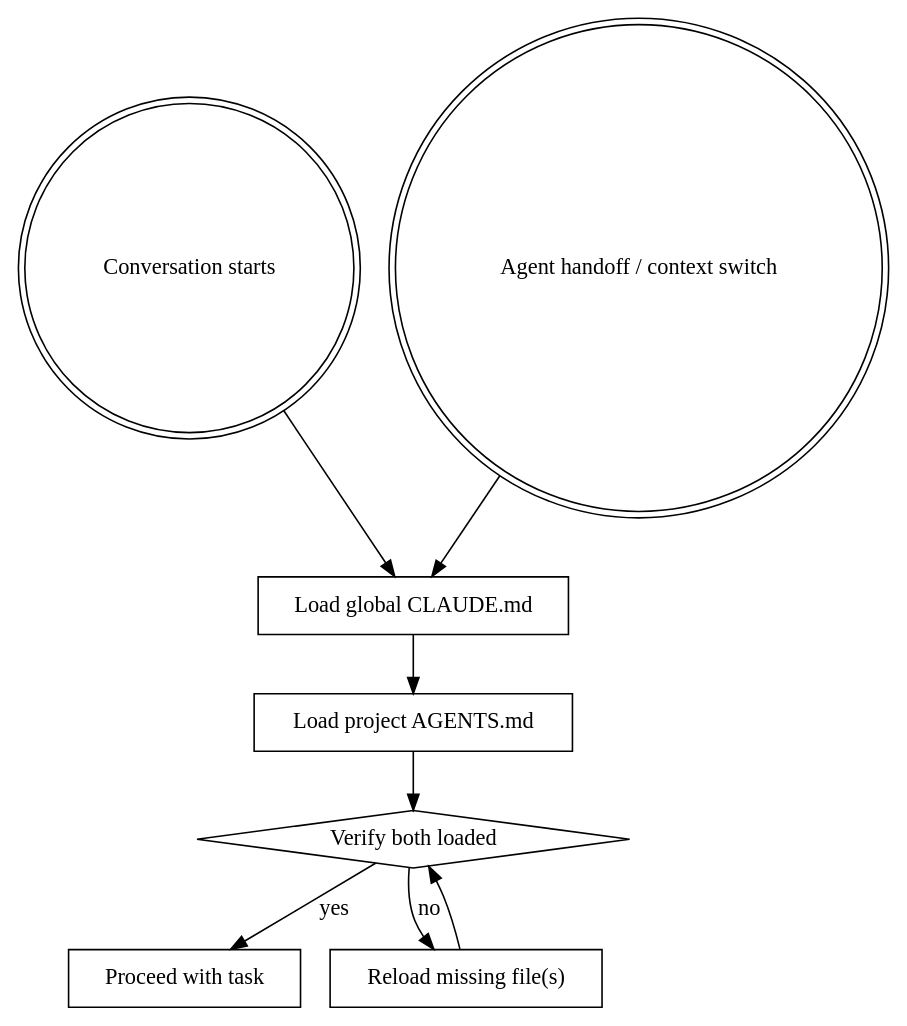
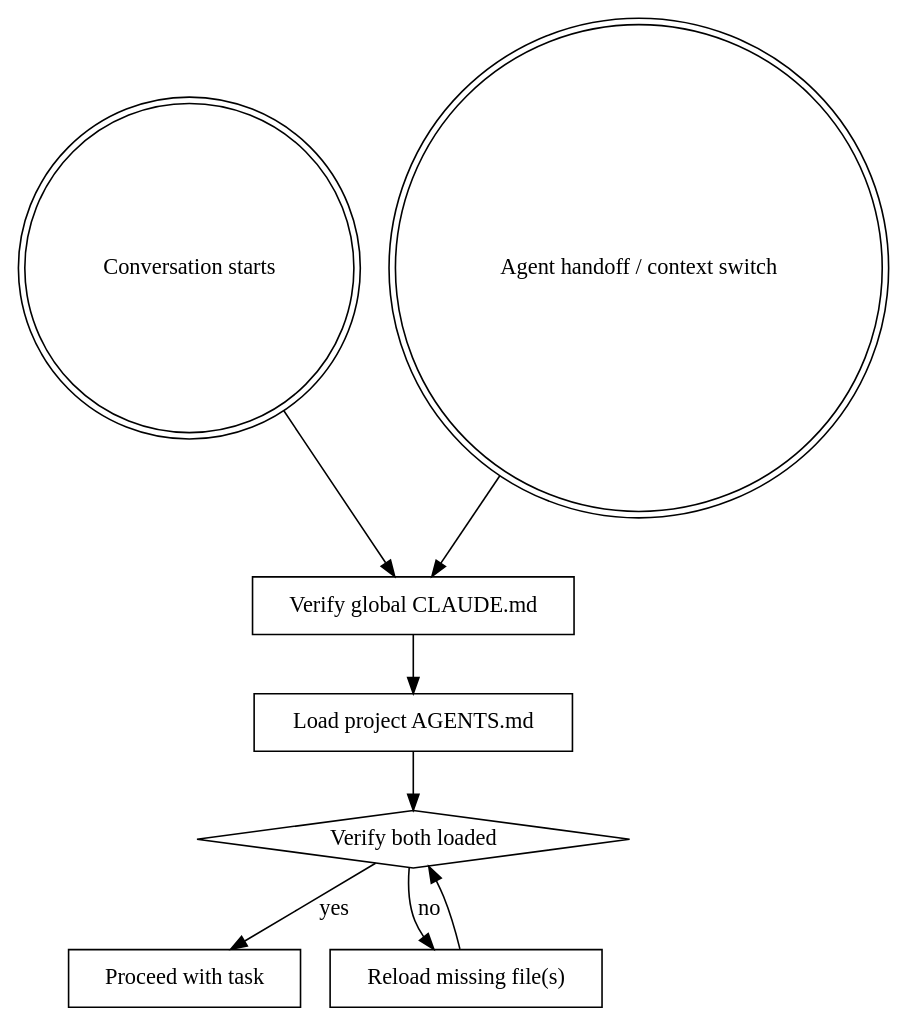
Before and after one commit to NecturaLabs/AgentSkills: the diagram in skills/agent-context-loader/SKILL.md, drawn with Graphviz. The commit also changed other lines of this file and 8 other files, not shown here.

````diff
--- a/skills/agent-context-loader/SKILL.md
+++ b/skills/agent-context-loader/SKILL.md
@@ -14,19 +14,19 @@
 ```dot
 digraph loader {
     "Conversation starts" [shape=doublecircle];
     "Agent handoff / context switch" [shape=doublecircle];
-    "Load global CLAUDE.md" [shape=box];
+    "Verify global CLAUDE.md" [shape=box];
     "Load project AGENTS.md" [shape=box];
     "Verify both loaded" [shape=diamond];
     "Proceed with task" [shape=box];
     "Reload missing file(s)" [shape=box];
 
-    "Conversation starts" -> "Load global CLAUDE.md";
-    "Agent handoff / context switch" -> "Load global CLAUDE.md";
-    "Load global CLAUDE.md" -> "Load project AGENTS.md";
+    "Conversation starts" -> "Verify global CLAUDE.md";
+    "Agent handoff / context switch" -> "Verify global CLAUDE.md";
+    "Verify global CLAUDE.md" -> "Load project AGENTS.md";
     "Load project AGENTS.md" -> "Verify both loaded";
     "Verify both loaded" -> "Proceed with task" [label="yes"];
     "Verify both loaded" -> "Reload missing file(s)" [label="no"];
     "Reload missing file(s)" -> "Verify both loaded";
 }
 ```
````
